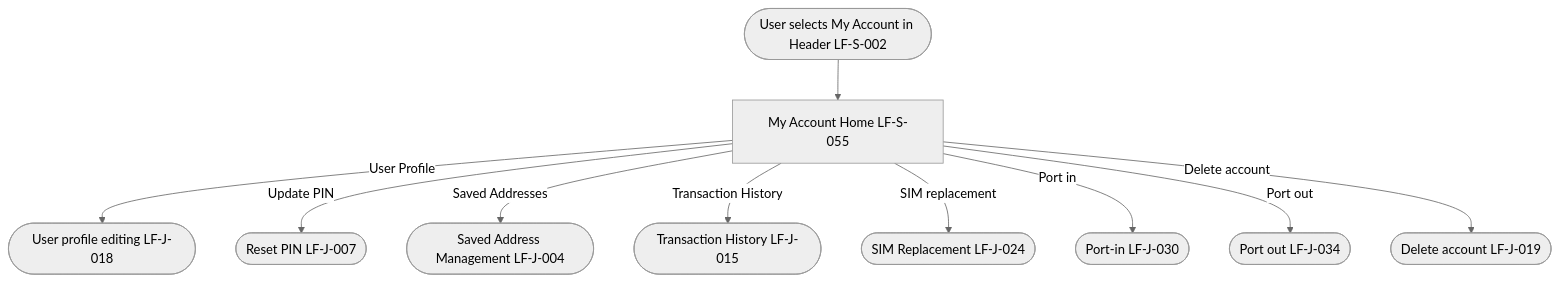
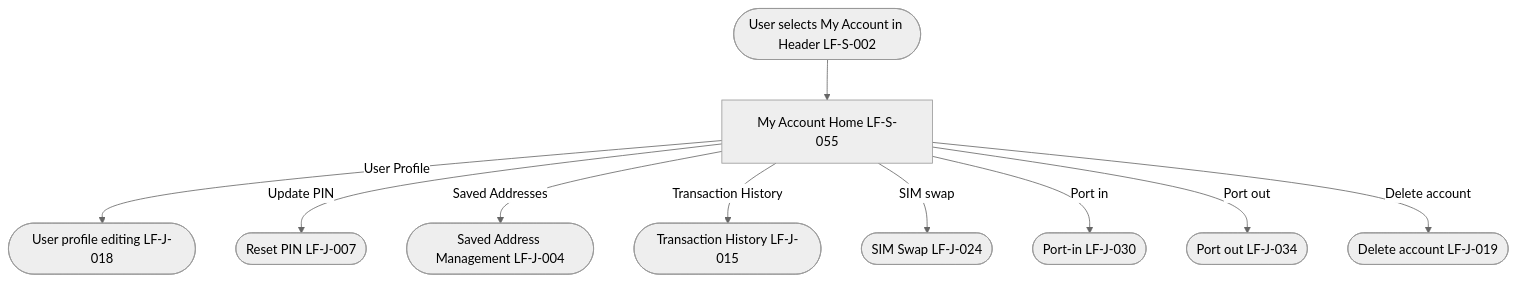
The diagram in prebuilt_prds/LF-J-036-my-account.md (nandong-tech/product-management), drawn with Mermaid (neutral theme) before and after one commit. The commit also changed other lines of this file and 4 other files, not shown here.

Commit message:
Publish the SIM swap rename to Confluence.

````diff
--- a/prebuilt_prds/LF-J-036-my-account.md
+++ b/prebuilt_prds/LF-J-036-my-account.md
@@ -50,12 +52,12 @@
 ```mermaid
 flowchart TD
   startHeader([User selects My Account in Header LF-S-002]) --> home[My Account Home LF-S-055]
   home -->|User Profile| profile([User profile editing LF-J-018])
   home -->|Update PIN| pin([Reset PIN LF-J-007])
   home -->|Saved Addresses| addresses([Saved Address Management LF-J-004])
   home -->|Transaction History| history([Transaction History LF-J-015])
-  home -->|SIM replacement| sim([SIM Replacement LF-J-024])
+  home -->|SIM swap| sim([SIM Swap LF-J-024])
   home -->|Port in| portIn([Port-in LF-J-030])
   home -->|Port out| portOut([Port out LF-J-034])
   home -->|Delete account| deleteAccount([Delete account LF-J-019])
 ```
````
